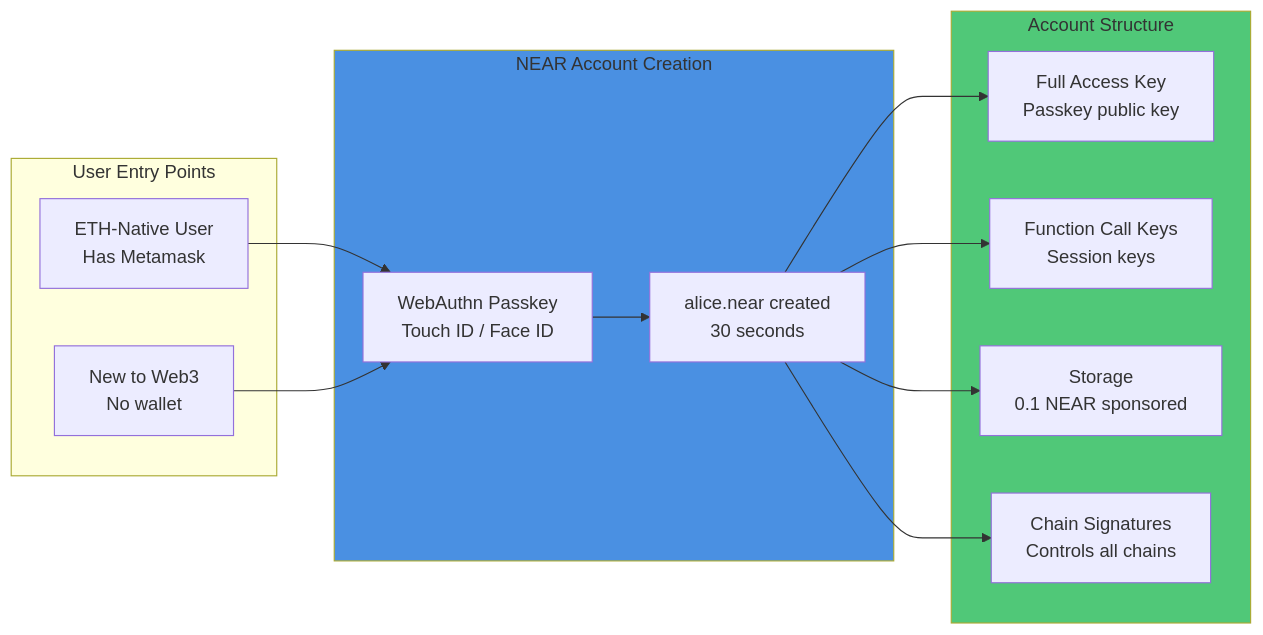
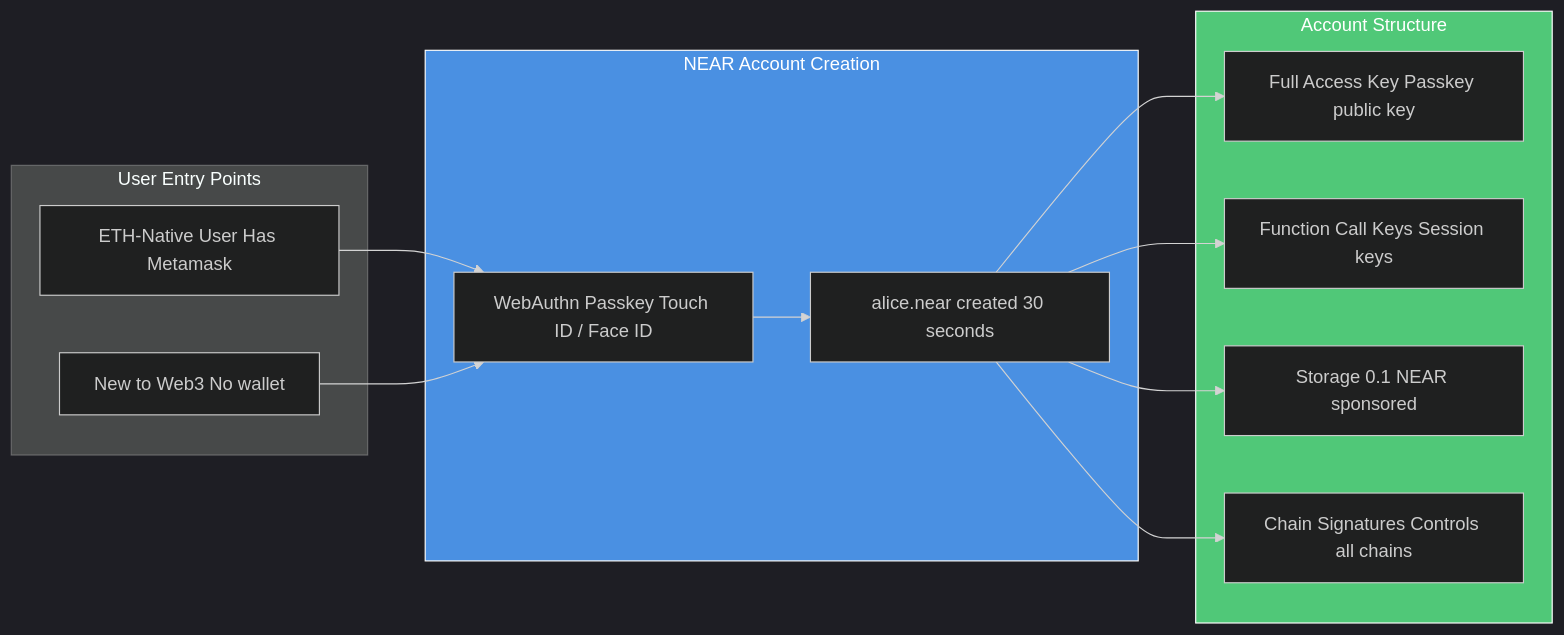
Before and after one commit to communisaas/voter-protocol: the second of 9 diagrams in ARCHITECTURE.md, drawn with Mermaid. The commit also changed other lines of this file, not shown here.

First line of the commit message:
fix: Make all mermaid diagrams dark mode compatible

````diff
--- a/ARCHITECTURE.md
+++ b/ARCHITECTURE.md
@@ -88,30 +89,31 @@
 ```mermaid
+%%{init: {'theme':'dark', 'themeVariables': { 'primaryTextColor':'#fff'}}}%%
 flowchart LR
     subgraph UserTypes["User Entry Points"]
-        A[ETH-Native User<br/>Has Metamask]
-        B[New to Web3<br/>No wallet]
+        A[ETH-Native User Has Metamask]
+        B[New to Web3 No wallet]
     end
 
     subgraph Create["NEAR Account Creation"]
-        C[WebAuthn Passkey<br/>Touch ID / Face ID]
-        D[alice.near created<br/>30 seconds]
+        C[WebAuthn Passkey Touch ID / Face ID]
+        D[alice.near created 30 seconds]
     end
 
     subgraph Structure["Account Structure"]
-        E[Full Access Key<br/>Passkey public key]
-        F[Function Call Keys<br/>Session keys]
-        G[Storage<br/>0.1 NEAR sponsored]
-        H[Chain Signatures<br/>Controls all chains]
+        E[Full Access Key Passkey public key]
+        F[Function Call Keys Session keys]
+        G[Storage 0.1 NEAR sponsored]
+        H[Chain Signatures Controls all chains]
     end
 
     A --> C
     B --> C
     C --> D
     D --> E
     D --> F
     D --> G
     D --> H
 
-    style Create fill:#4A90E2
-    style Structure fill:#50C878
+    style Create fill:#4A90E2,stroke:#fff,color:#fff
+    style Structure fill:#50C878,stroke:#fff,color:#fff
 ```
````
